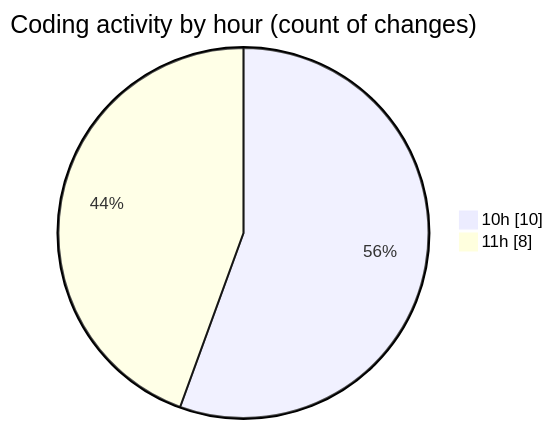
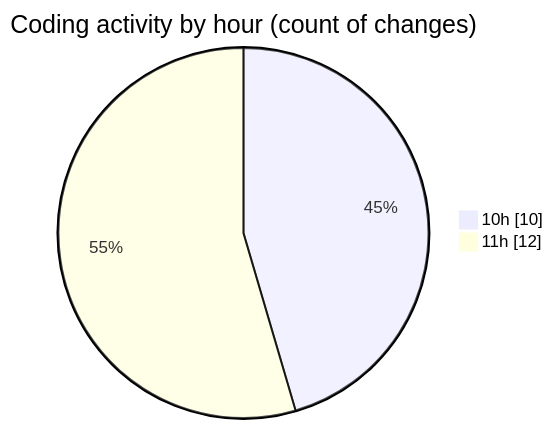
One commit to nxtqubesakshisongat/code-tracking changed the second of 2 diagrams in 2025-07-21/nxtqube_webapp/README.md. Above: the diagram before and after it, drawn with Mermaid. The commit also changed other lines of this file and 1 other file, not shown here.

````diff
--- a/2025-07-21/nxtqube_webapp/README.md
+++ b/2025-07-21/nxtqube_webapp/README.md
@@ -32,6 +34,6 @@
 ```mermaid
 pie showData
 title Coding activity by hour (count of changes)
 "10h" : 10
-"11h" : 8
+"11h" : 12
 ```
````
